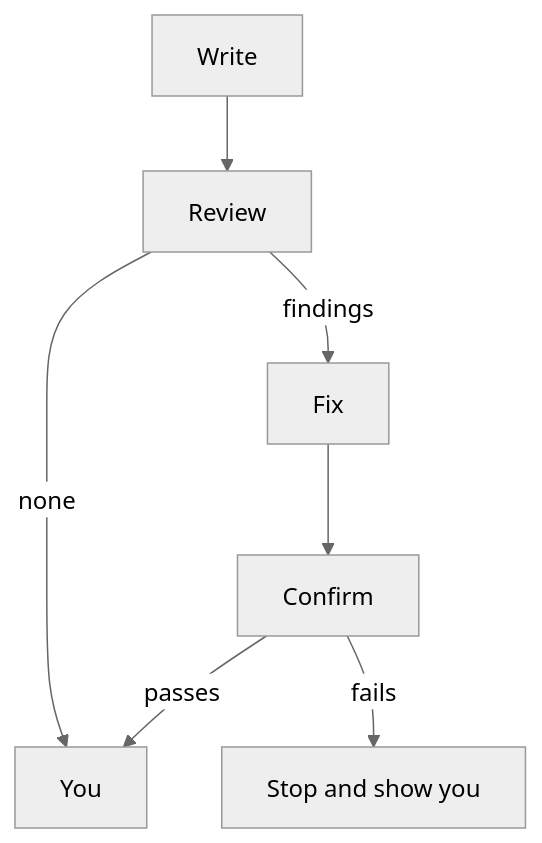
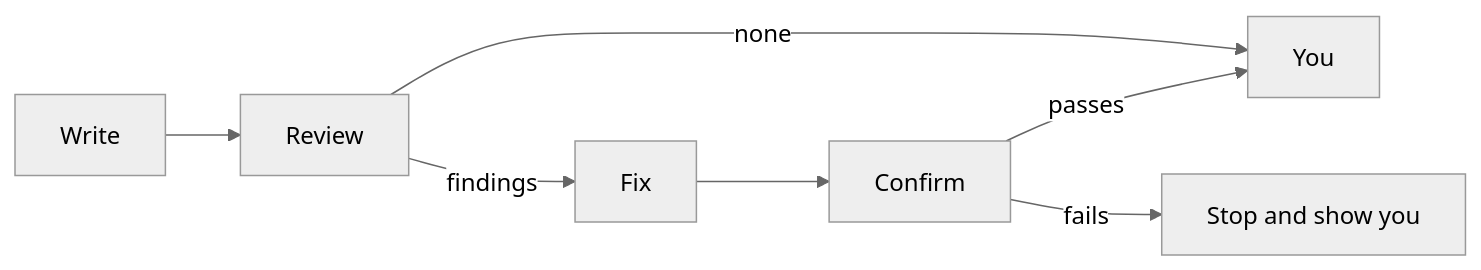
The second of 2 diagrams in README.md (michaelmarconi/agentic-engineering), drawn with Mermaid (neutral theme) before and after one commit. The commit also changed other lines of this file, not shown here.

Commit message:
docs: run README diagrams left to right again
Claude-Session: https://claude.ai/code/session_01NCq9p8hX4Co6v6y5xdGfCM

````diff
--- a/README.md
+++ b/README.md
@@ -166,9 +166,9 @@
 ```mermaid
-flowchart TD
+flowchart LR
     Write --> Review
     Review -->|findings| Fix
     Review -->|none| You
     Fix --> Confirm
     Confirm -->|passes| You
     Confirm -->|fails| Stop[Stop and show you]
 ```
````
